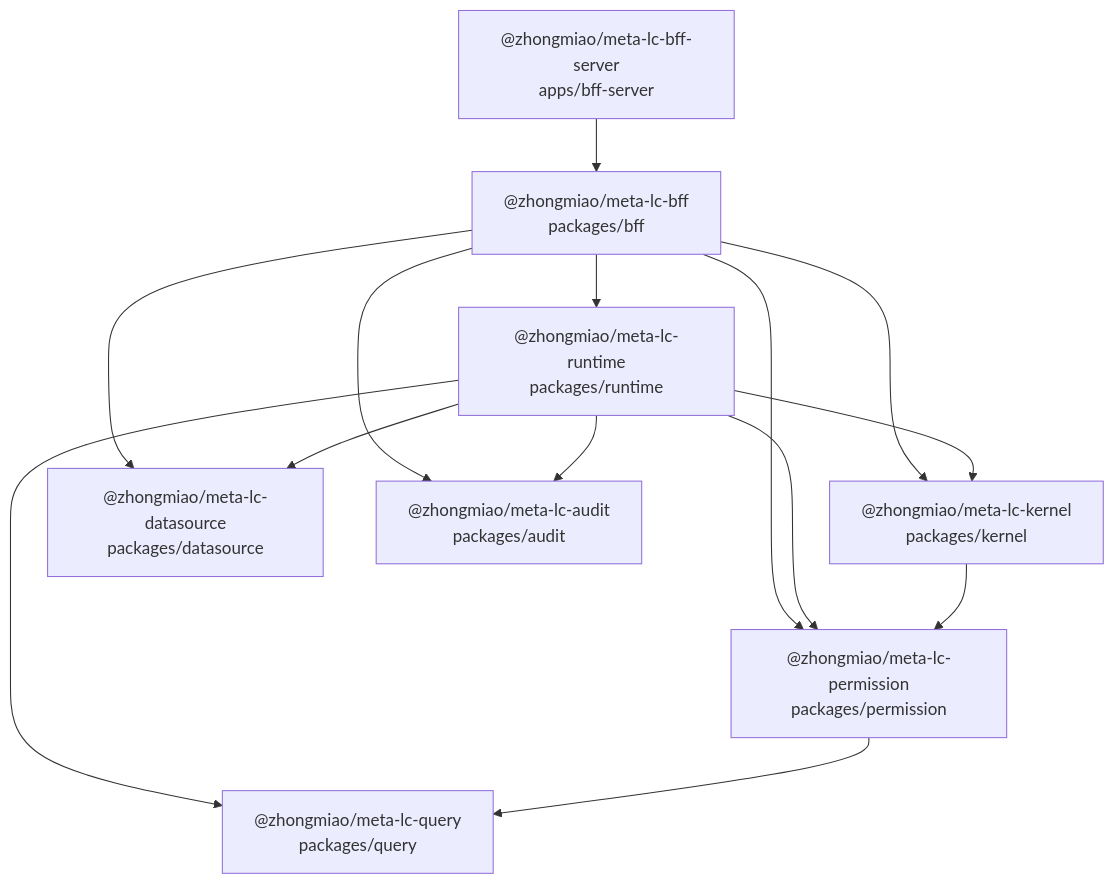
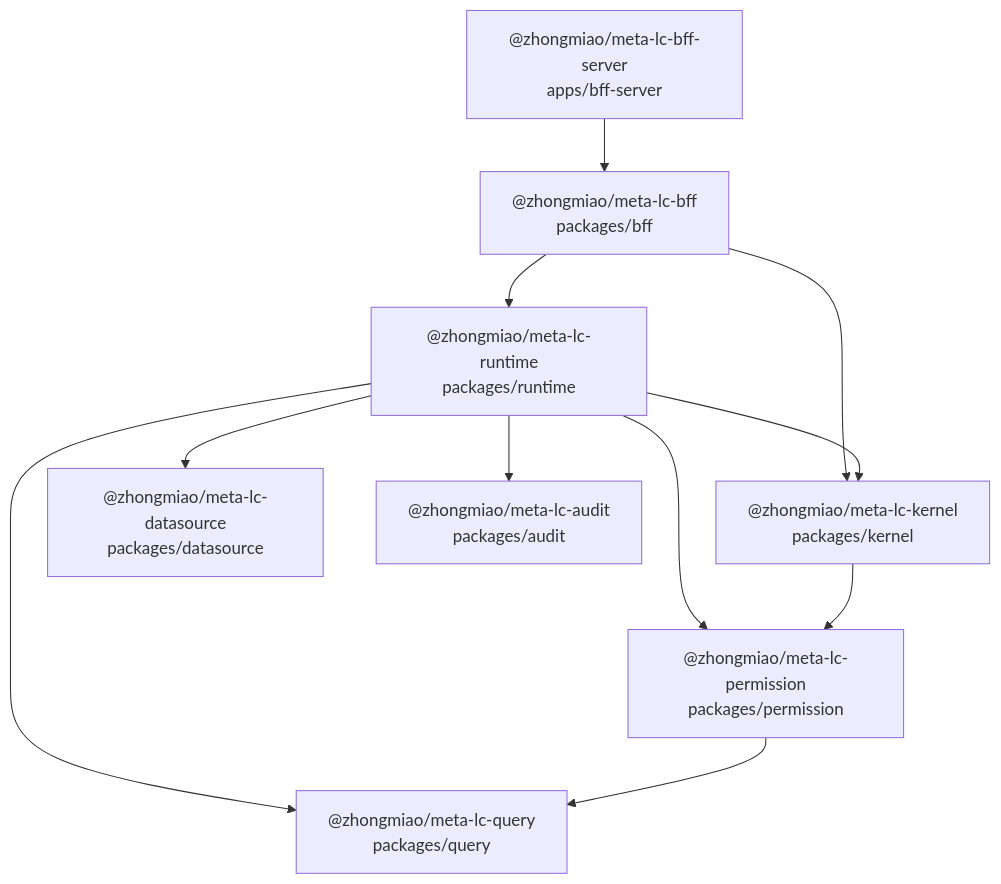
Before and after one commit to zhongmiao-org/meta-lc-platform: the diagram in docs/package-dependency-topology.md, drawn with Mermaid. The commit also changed other lines of this file and 37 other files, not shown here.

````diff
--- a/docs/package-dependency-topology.md
+++ b/docs/package-dependency-topology.md
@@ -13,25 +13,22 @@
 ```mermaid
 flowchart TD
   bff_server["@zhongmiao/meta-lc-bff-server<br/>apps/bff-server"]
   bff["@zhongmiao/meta-lc-bff<br/>packages/bff"]
   runtime["@zhongmiao/meta-lc-runtime<br/>packages/runtime"]
   kernel["@zhongmiao/meta-lc-kernel<br/>packages/kernel"]
   permission["@zhongmiao/meta-lc-permission<br/>packages/permission"]
   query["@zhongmiao/meta-lc-query<br/>packages/query"]
   datasource["@zhongmiao/meta-lc-datasource<br/>packages/datasource"]
   audit["@zhongmiao/meta-lc-audit<br/>packages/audit"]
 
   bff_server --> bff
-  bff --> audit
-  bff --> datasource
   bff --> kernel
-  bff --> permission
   bff --> runtime
   runtime --> audit
   runtime --> datasource
   runtime --> kernel
   runtime --> permission
   runtime --> query
   kernel --> permission
   permission --> query
 ```
````
